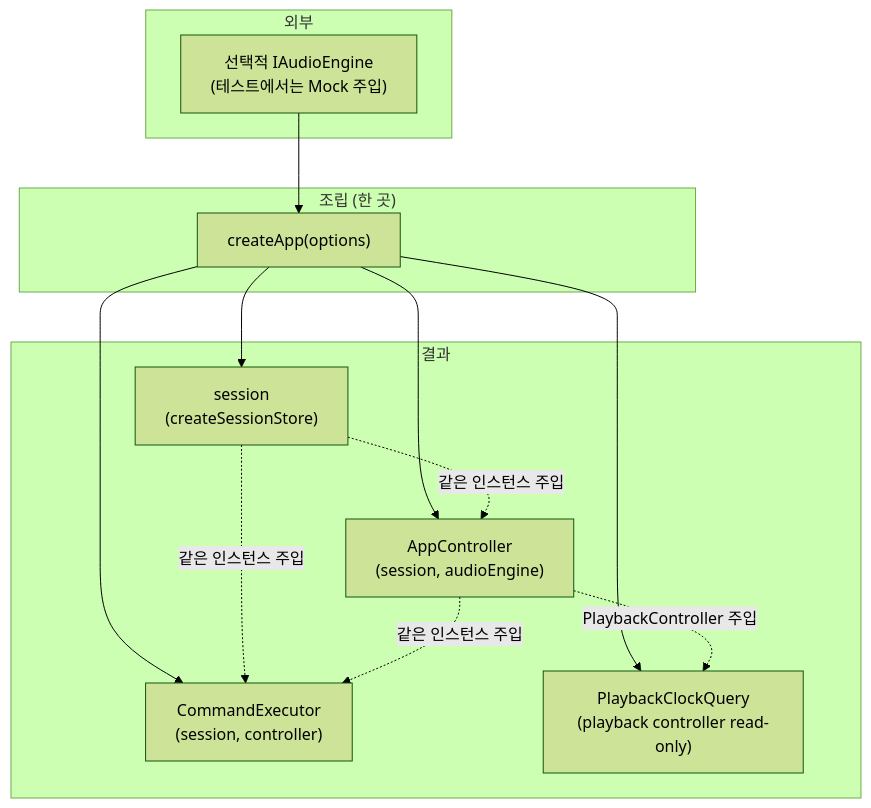
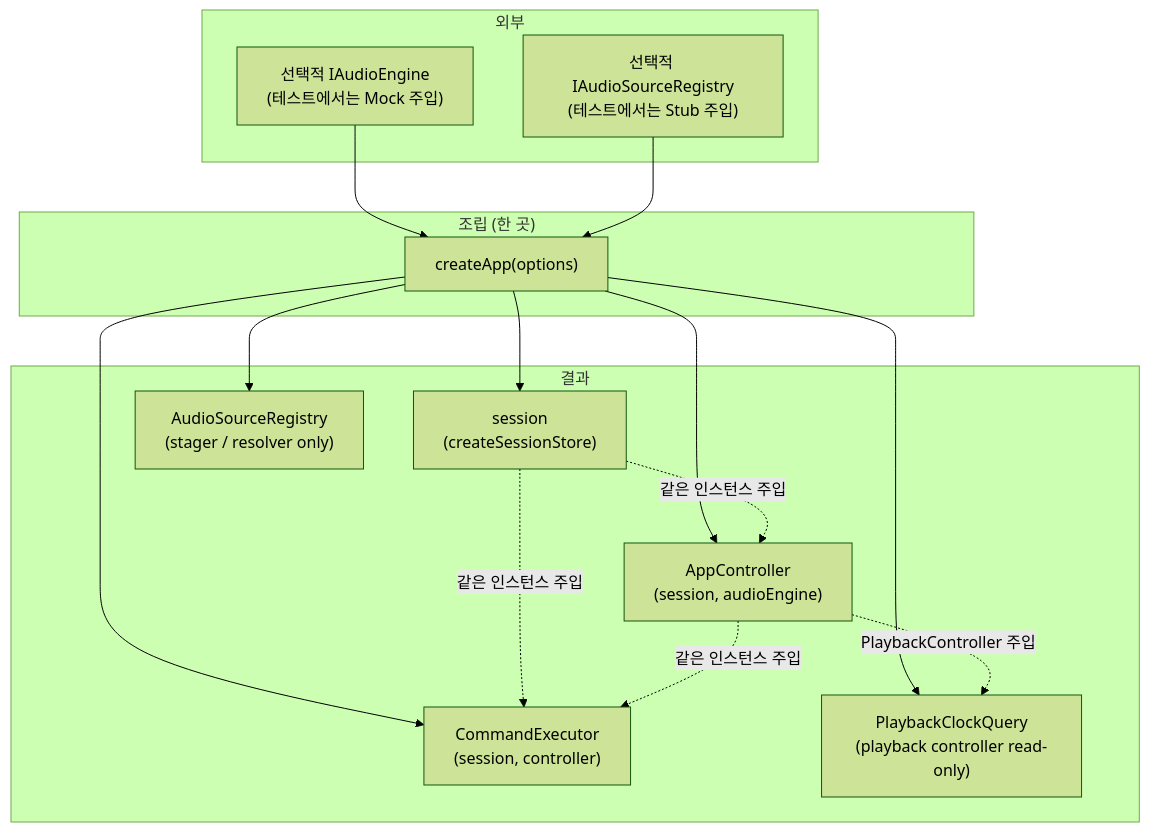
Before and after one commit to whizzkid1452/drop-ai: the third of 4 diagrams in docs/architecture.md, drawn with Mermaid (forest theme). The commit also changed other lines of this file and 4 other files, not shown here.

Commit message:
feat(source): Source Registry 조립 경로 추가

````diff
--- a/docs/architecture.md
+++ b/docs/architecture.md
@@ -142,27 +144,31 @@
 ```mermaid
 flowchart TB
     subgraph ext["외부"]
         IN["선택적 IAudioEngine\n(테스트에서는 Mock 주입)"]
+        SRIN["선택적 IAudioSourceRegistry\n(테스트에서는 Stub 주입)"]
     end
 
     subgraph asm["조립 (한 곳)"]
         CA["createApp(options)"]
     end
 
     subgraph out["결과"]
         SS["session\n(createSessionStore)"]
         AC["AppController\n(session, audioEngine)"]
         CE["CommandExecutor\n(session, controller)"]
         Q["PlaybackClockQuery\n(playback controller read-only)"]
+        SR["AudioSourceRegistry\n(stager / resolver only)"]
     end
 
     IN --> CA
+    SRIN --> CA
     CA --> SS
     CA --> AC
     CA --> CE
     CA --> Q
+    CA --> SR
     SS -.->|"같은 인스턴스 주입"| AC
     SS -.->|"같은 인스턴스 주입"| CE
     AC -.->|"같은 인스턴스 주입"| CE
     AC -.->|"PlaybackController 주입"| Q
 ```
````
